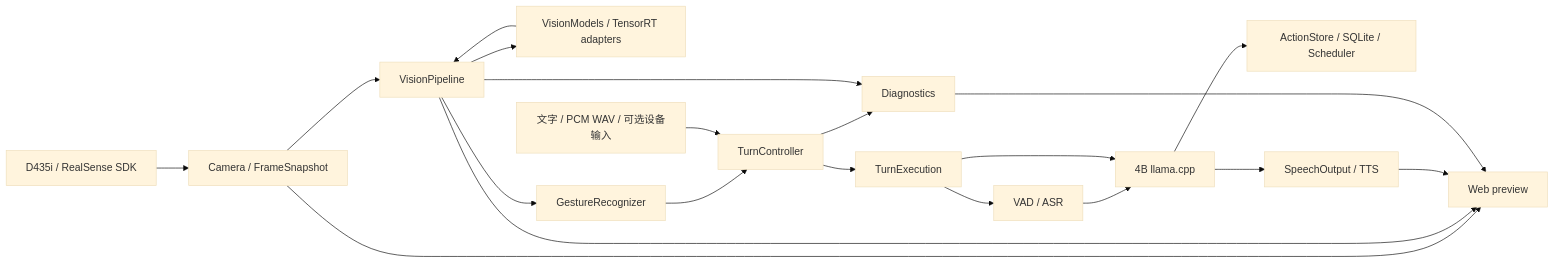
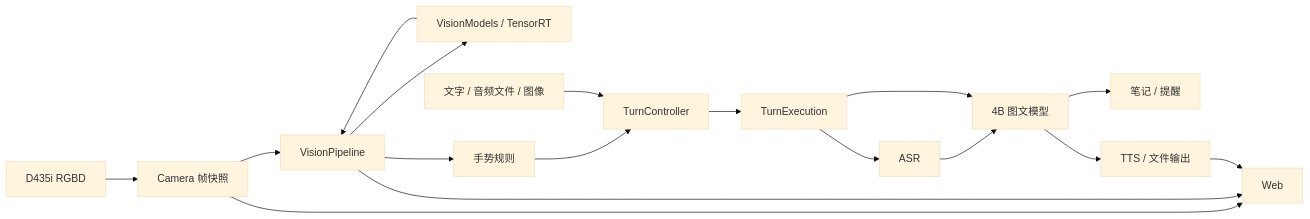
The diagram in docs/project-overview.md (Qin-tuo/Multi_Model_Inference), drawn with Mermaid (base theme) before and after one commit. The commit also changed other lines of this file and 235 other files, not shown here.

````diff
--- a/docs/project-overview.md
+++ b/docs/project-overview.md
@@ -18,22 +14,19 @@
 ```mermaid
 flowchart LR
-    D[D435i / RealSense SDK] --> C[Camera / FrameSnapshot]
-    C --> V[VisionPipeline]
-    V --> M[VisionModels / TensorRT adapters]
+    C[D435i RGBD] --> F[Camera 帧快照]
+    F --> V[VisionPipeline]
+    V --> M[VisionModels / TensorRT]
     M --> V
-    V --> G[GestureRecognizer]
+    V --> G[手势规则]
     G --> T[TurnController]
-    C --> W[Web preview]
+    I[文字 / 音频文件 / 图像] --> T
+    T --> E[TurnExecution]
+    E --> A[ASR]
+    A --> L[4B 图文模型]
+    E --> L
+    L --> S[笔记 / 提醒]
+    L --> O[TTS / 文件输出]
+    F --> W[Web]
     V --> W
-    I[文字 / PCM WAV / 可选设备输入] --> T
-    T --> E[TurnExecution]
-    E --> S[VAD / ASR]
-    S --> L[4B llama.cpp]
-    E --> L
-    L --> A[ActionStore / SQLite / Scheduler]
-    L --> O[SpeechOutput / TTS]
     O --> W
-    T --> Q[Diagnostics]
-    V --> Q
-    Q --> W
 ```
````
